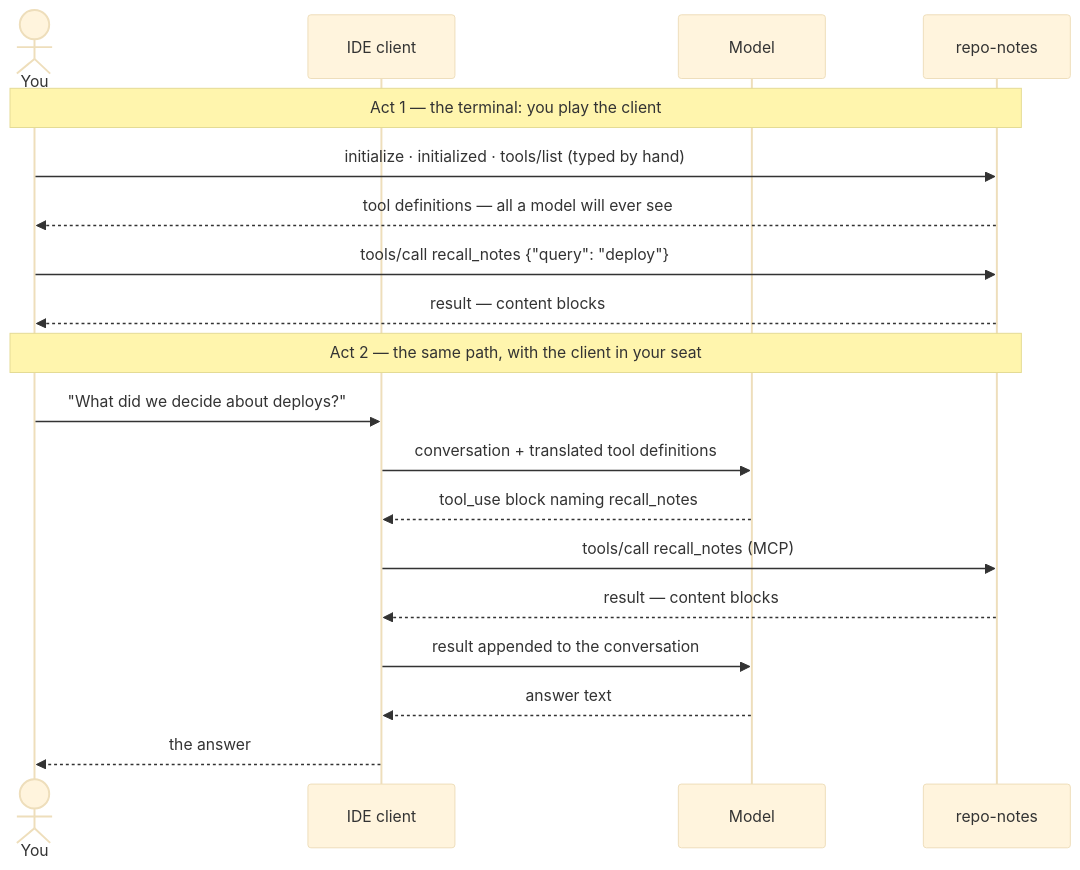
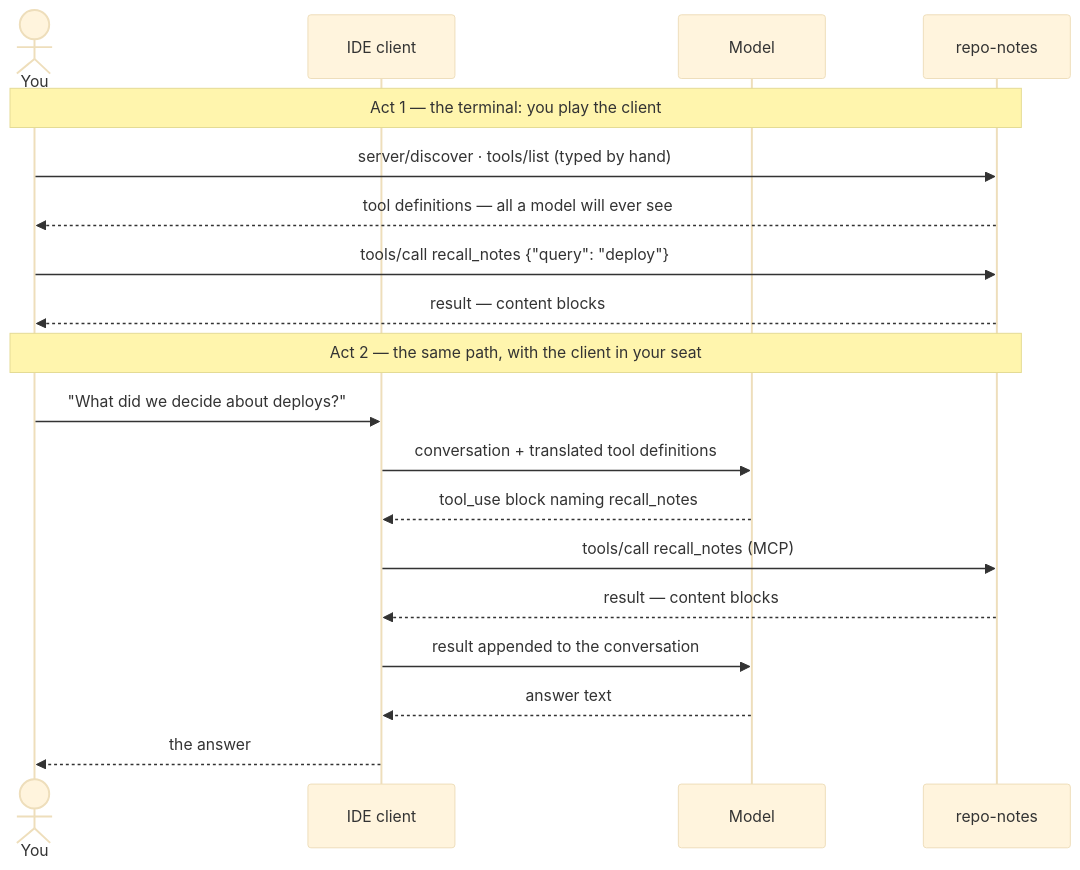
One commit to nitinpawar28/AI-learn changed the second of 2 diagrams in docs/part6-reference/build-your-own.md. Above: the diagram before and after it, drawn with Mermaid (base theme). The commit also changed other lines of this file and 42 other files, not shown here.

````diff
--- a/docs/part6-reference/build-your-own.md
+++ b/docs/part6-reference/build-your-own.md
@@ -560,21 +611,21 @@
 ```mermaid
 sequenceDiagram
     actor U as You
     participant C as IDE client
     participant M as Model
     participant S as repo-notes
     Note over U,S: Act 1 — the terminal: you play the client
-    U->>S: initialize · initialized · tools/list (typed by hand)
+    U->>S: server/discover · tools/list (typed by hand)
     S-->>U: tool definitions — all a model will ever see
     U->>S: tools/call recall_notes {"query": "deploy"}
     S-->>U: result — content blocks
     Note over U,S: Act 2 — the same path, with the client in your seat
     U->>C: "What did we decide about deploys?"
     C->>M: conversation + translated tool definitions
     M-->>C: tool_use block naming recall_notes
     C->>S: tools/call recall_notes (MCP)
     S-->>C: result — content blocks
     C->>M: result appended to the conversation
     M-->>C: answer text
     C-->>U: the answer
 ```
````
